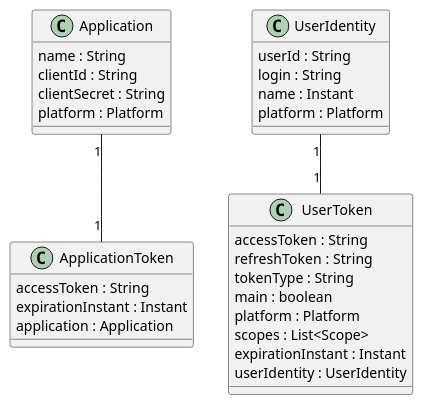
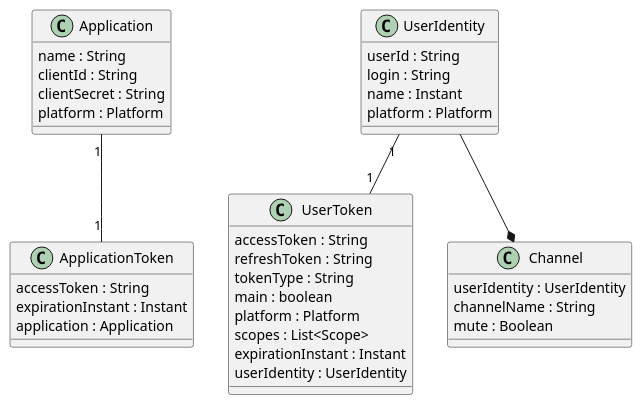
Before and after one commit to baracil/perobobbot: the diagram in docs/Domain.puml, drawn with PlantUML. The commit also changed 12 other files, not shown here.

```diff
--- a/docs/Domain.puml
+++ b/docs/Domain.puml
@@ -1,39 +1,46 @@
 @startuml
 
 class Application {
   name : String
   clientId : String
   clientSecret : String
   platform : Platform
 }
 
 class ApplicationToken {
   accessToken : String
   expirationInstant : Instant
   application : Application
 }
 
 class UserIdentity {
   userId : String
   login : String
   name : Instant
   platform : Platform
 }
 
 class UserToken {
   accessToken : String
   refreshToken : String
   tokenType : String
   main : boolean
   platform : Platform
   scopes : List<Scope>
   expirationInstant : Instant
   userIdentity : UserIdentity
 }
 
+class Channel {
+  userIdentity : UserIdentity
+  channelName : String
+  mute : Boolean
+}
+
 Application "1"--"1" ApplicationToken
 
 UserIdentity "1"--"1" UserToken
 
+UserIdentity --* Channel
 
 @enduml
```
